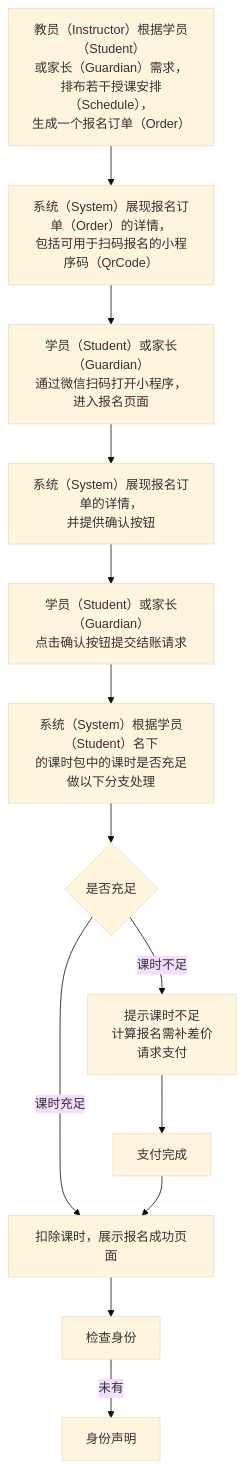
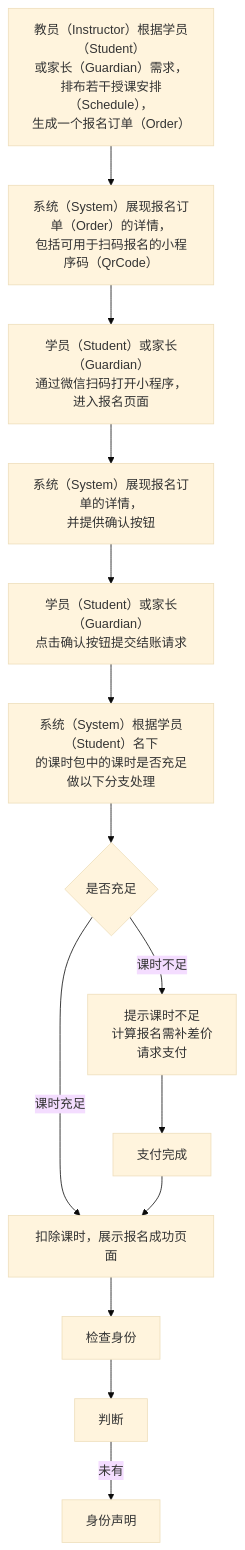
One commit to world-wide-web/sign changed the diagram in 用例/报名.md. Above: the diagram before and after it, drawn with Mermaid (base theme). The commit also changed other lines of this file, not shown here.

````diff
--- a/用例/报名.md
+++ b/用例/报名.md
@@ -8,36 +8,37 @@
 ```mermaid
 graph TD
 
 A-->B
 B-->C
 C-->D
 D-->E
 E-->F
 F-->G
 G--课时充足-->H
 G--课时不足-->I
 I-->I1
 I1-->H
 H-->检查身份
-检查身份--未有-->身份声明
+检查身份-->判断
+判断--未有-->身份声明
 
 A["<center>教员（Instructor）根据学员（Student）<br>或家长（Guardian）需求，<br>排布若干授课安排（Schedule），<br>生成一个报名订单（Order）</center>"]
 
 B["<center>系统（System）展现报名订单（Order）的详情，<br>包括可用于扫码报名的小程序码（QrCode）</center>"]
 
 C["<center>学员（Student）或家长（Guardian）<br>通过微信扫码打开小程序，进入报名页面</center>"]
 
 D["<center>系统（System）展现报名订单的详情，<br>并提供确认按钮</center>"]
 
 E["<center>学员（Student）或家长（Guardian）<br>点击确认按钮提交结账请求</center>"]
 
 F["<center>系统（System）根据学员（Student）名下<br>的课时包中的课时是否充足做以下分支处理</center>"]
 
 G{"<center>是否充足</center>"}
 
 I["<center>提示课时不足<br>计算报名需补差价<br>请求支付</center>"]
 
 I1["<center>支付完成</center>"]
 
 H["<center>扣除课时，展示报名成功页面</center>"]
 ```
````
